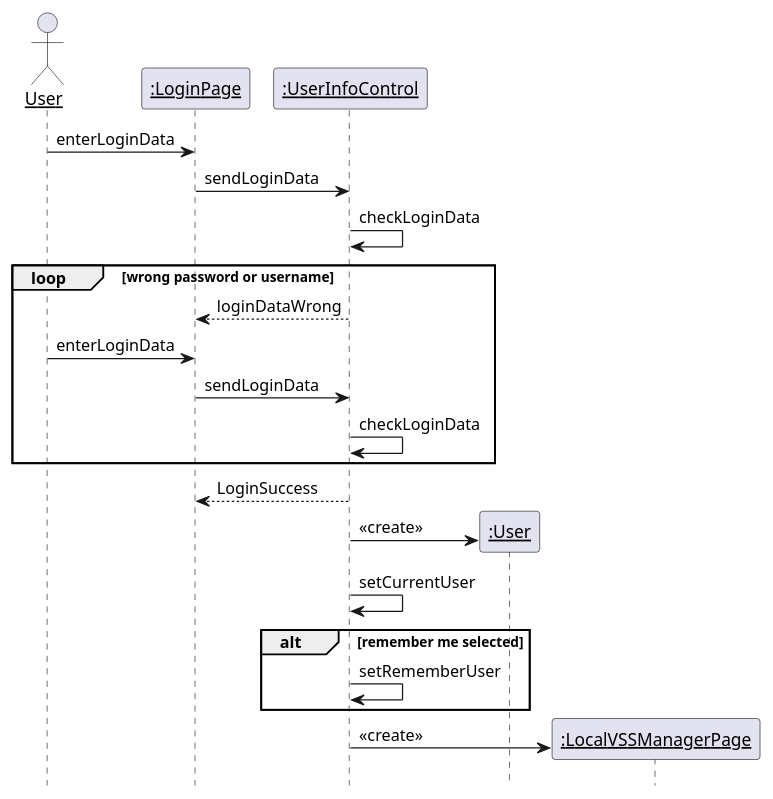
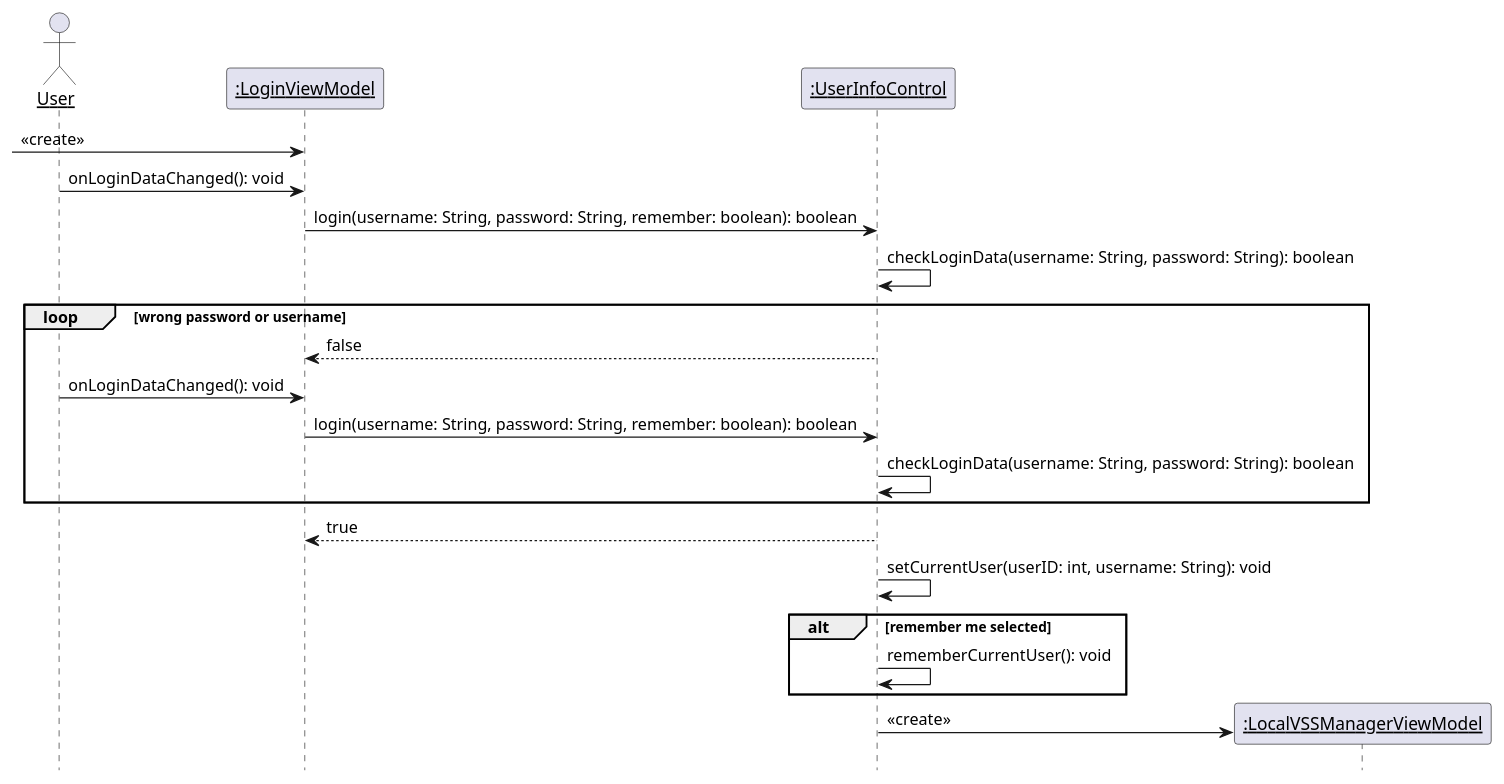
The fourth of 22 diagrams in 设计/顺序图.md (kpp19920121/doc), drawn with PlantUML before and after one commit. The commit also changed other lines of this file and 8 other files, not shown here.

````diff
--- a/设计/顺序图.md
+++ b/设计/顺序图.md
@@ -47,31 +93,32 @@
 ```PlantUML
 @startuml Diagrams/Login
 hide footbox
 skinparam sequenceParticipant underline
 
 actor User as user
-participant ":LoginPage" as boundary
+participant ":LoginViewModel" as boundary
 participant ":UserInfoControl" as control
-participant ":User" as userdata
-participant ":LocalVSSManagerPage" as nextpage
+participant ":LocalVSSManagerViewModel" as nextpage
 
-user -> boundary: enterLoginData
-boundary -> control: sendLoginData
-control -> control: checkLoginData
+
+[-> boundary: <<create>>
+user -> boundary: onLoginDataChanged(): void
+boundary -> control: login(username: String, password: String, remember: boolean): boolean
+control -> control: checkLoginData(username: String, password: String): boolean
+
 loop wrong password or username
-    control --> boundary: loginDataWrong
-    user -> boundary: enterLoginData
-    boundary -> control: sendLoginData
-    control -> control: checkLoginData
+    control --> boundary: false
+    user -> boundary: onLoginDataChanged(): void
+    boundary -> control: login(username: String, password: String, remember: boolean): boolean
+    control -> control: checkLoginData(username: String, password: String): boolean
 end
-control --> boundary: LoginSuccess
-create userdata
-control -> userdata: <<create>>
-control -> control: setCurrentUser
+control --> boundary: true
+control -> control: setCurrentUser(userID: int, username: String): void
+
 alt remember me selected
-    control -> control: setRememberUser
+    control -> control: rememberCurrentUser(): void
 end
 create nextpage
 control -> nextpage: <<create>>
 @enduml
 ```
````
